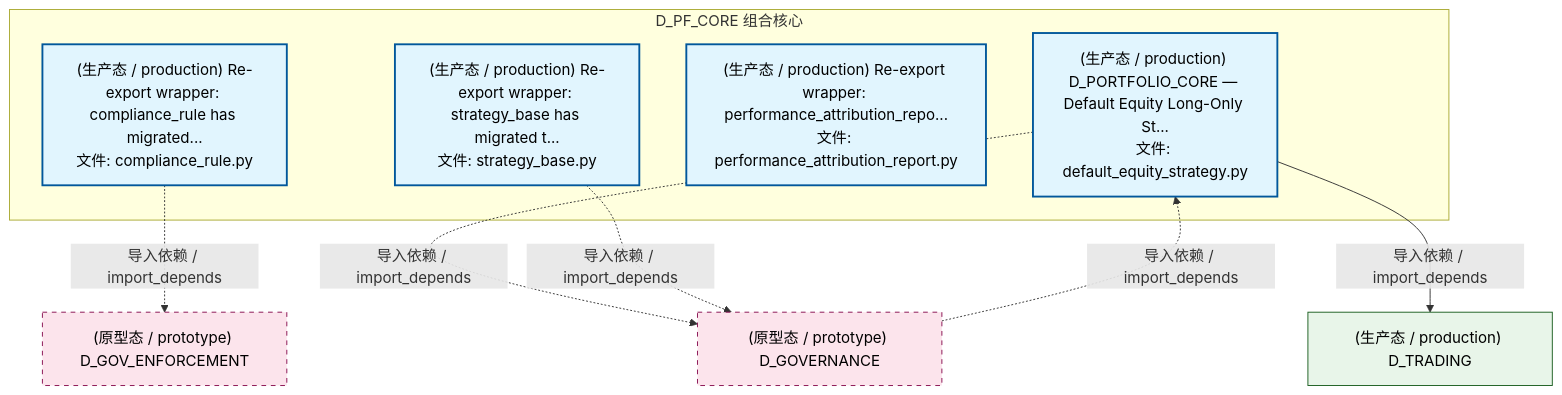
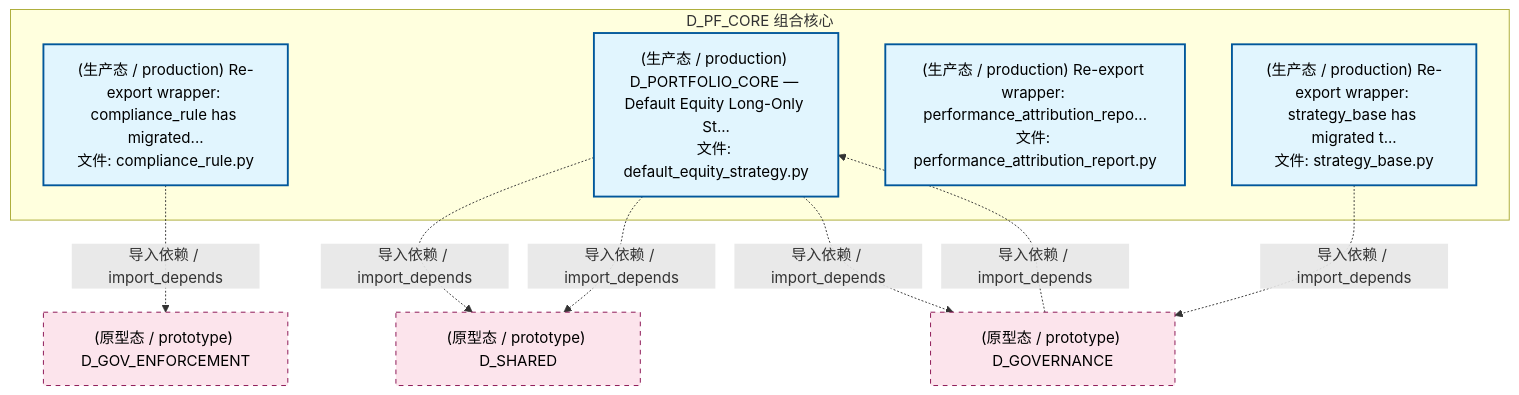
The second of 4 diagrams in docs/02_enterprise_architecture/02_domain_architecture_docs/44_d_pf_core.md (xuanFelixVan/ZephyrAlpha), drawn with Mermaid before and after one commit. The commit also changed other lines of this file and 99 other files, not shown here.

````diff
--- a/docs/02_enterprise_architecture/02_domain_architecture_docs/44_d_pf_core.md
+++ b/docs/02_enterprise_architecture/02_domain_architecture_docs/44_d_pf_core.md
@@ -121,24 +121,24 @@
 ```mermaid
 graph TD
     subgraph D_PF_CORE["D_PF_CORE 组合核心"]
         src_zephyr_pf_core_compliance_rule_py["(生产态 / production) Re-export wrapper: compliance_rule has migrated...<br/>文件: compliance_rule.py"]
         src_zephyr_pf_core_default_equity_strategy_py["(生产态 / production) D_PORTFOLIO_CORE — Default Equity Long-Only St...<br/>文件: default_equity_strategy.py"]
         src_zephyr_pf_core_performance_attribution_report_py["(生产态 / production) Re-export wrapper: performance_attribution_repo...<br/>文件: performance_attribution_report.py"]
         src_zephyr_pf_core_strategy_base_py["(生产态 / production) Re-export wrapper: strategy_base has migrated t...<br/>文件: strategy_base.py"]
     end
     D_GOV_ENFORCEMENT["(原型态 / prototype) D_GOV_ENFORCEMENT"]
     src_zephyr_pf_core_compliance_rule_py -.->|导入依赖 / import_depends| D_GOV_ENFORCEMENT
     D_GOVERNANCE["(原型态 / prototype) D_GOVERNANCE"]
+    src_zephyr_pf_core_strategy_base_py -.->|导入依赖 / import_depends| D_GOVERNANCE
+    D_SHARED["(原型态 / prototype) D_SHARED"]
+    src_zephyr_pf_core_default_equity_strategy_py -.->|导入依赖 / import_depends| D_SHARED
+    src_zephyr_pf_core_default_equity_strategy_py -.->|导入依赖 / import_depends| D_SHARED
     src_zephyr_pf_core_default_equity_strategy_py -.->|导入依赖 / import_depends| D_GOVERNANCE
-    D_TRADING["(生产态 / production) D_TRADING"]
-    src_zephyr_pf_core_default_equity_strategy_py -->|导入依赖 / import_depends| D_TRADING
-    src_zephyr_pf_core_strategy_base_py -.->|导入依赖 / import_depends| D_GOVERNANCE
     D_GOVERNANCE -.->|导入依赖 / import_depends| src_zephyr_pf_core_default_equity_strategy_py
     classDef production fill:#e1f5fe,stroke:#01579b,stroke-width:2px,color:#000
     classDef design fill:#fff3e0,stroke:#e65100,stroke-width:2px,color:#000,stroke-dasharray: 5 5
     classDef external_prod fill:#e8f5e9,stroke:#1b5e20,stroke-width:1px,color:#000
     classDef external_design fill:#fce4ec,stroke:#880e4f,stroke-width:1px,color:#000,stroke-dasharray: 5 5
     class src_zephyr_pf_core_compliance_rule_py,src_zephyr_pf_core_default_equity_strategy_py,src_zephyr_pf_core_performance_attribution_report_py,src_zephyr_pf_core_strategy_base_py production
-    class D_TRADING external_prod
-    class D_GOV_ENFORCEMENT,D_GOVERNANCE external_design
+    class D_GOV_ENFORCEMENT,D_GOVERNANCE,D_SHARED external_design
 ```
````
